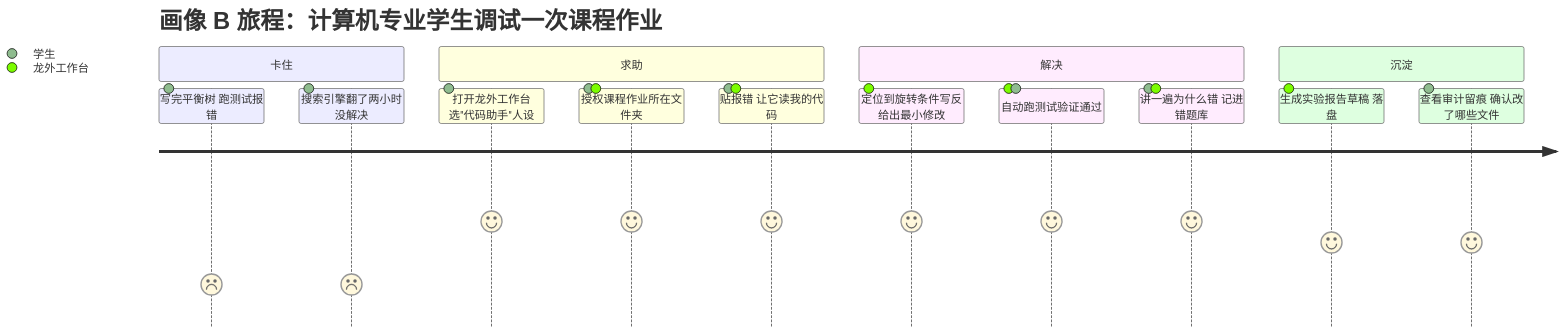
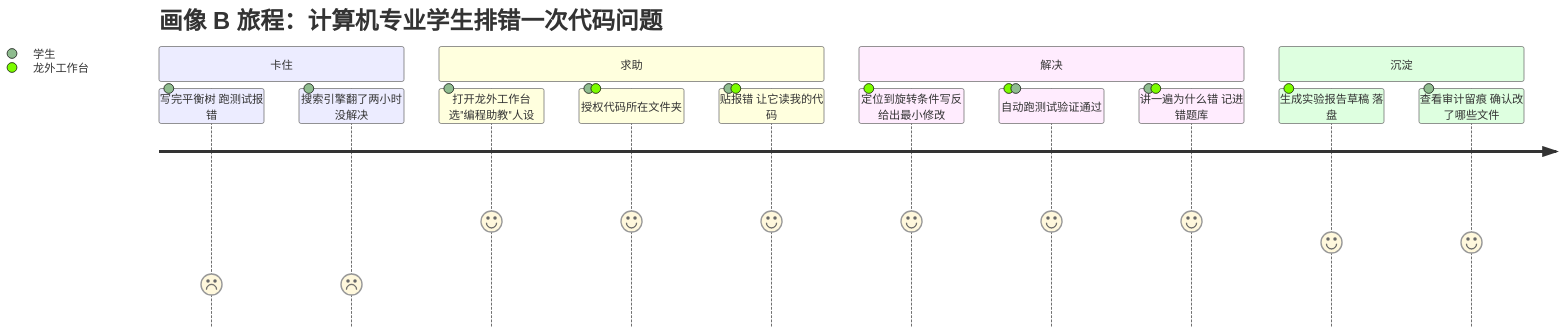
Before and after one commit to light-misty/Stealth-Study: the fourth of 11 diagrams in docs/PRD-龙外工作台.md, drawn with Mermaid. The commit also changed other lines of this file and 2 other files, not shown here.

````diff
--- a/docs/PRD-龙外工作台.md
+++ b/docs/PRD-龙外工作台.md
@@ -428,18 +445,18 @@
 ```mermaid
 journey
-    title 画像 B 旅程：计算机专业学生调试一次课程作业
+    title 画像 B 旅程：计算机专业学生排错一次代码问题
     section 卡住
       写完平衡树 跑测试报错: 2: 学生
       搜索引擎翻了两小时 没解决: 2: 学生
     section 求助
-      打开龙外工作台 选"代码助手"人设: 5: 学生
-      授权课程作业所在文件夹: 5: 学生, 龙外工作台
+      打开龙外工作台 选"编程助教"人设: 5: 学生
+      授权代码所在文件夹: 5: 学生, 龙外工作台
       贴报错 让它读我的代码: 5: 学生, 龙外工作台
     section 解决
       定位到旋转条件写反 给出最小修改: 5: 龙外工作台
       自动跑测试验证通过: 5: 龙外工作台, 学生
       讲一遍为什么错 记进错题库: 5: 学生, 龙外工作台
     section 沉淀
       生成实验报告草稿 落盘: 4: 龙外工作台
       查看审计留痕 确认改了哪些文件: 4: 学生
 ```
````
